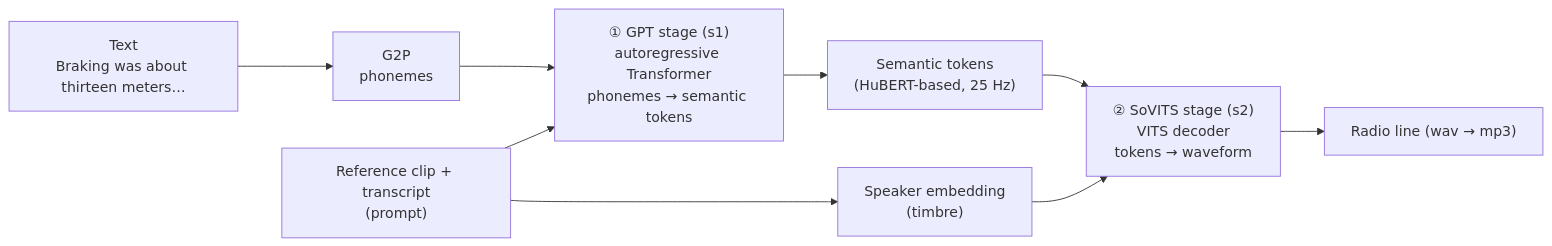
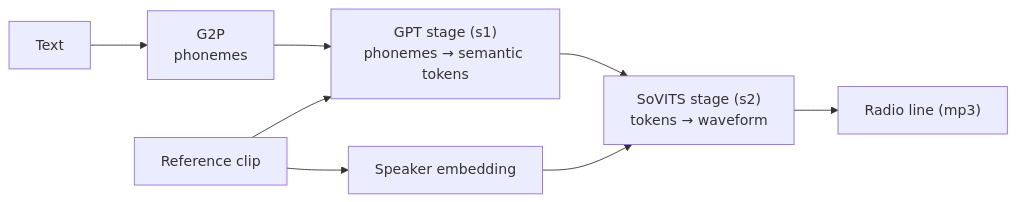
Before and after one commit to hope77-githhub/F125_Personal_RaceEngineer: the diagram in README.md, drawn with Mermaid. The commit also changed other lines of this file and 482 other files, not shown here.

````diff
--- a/README.md
+++ b/README.md
@@ -172,11 +87,9 @@
 ```mermaid
 flowchart LR
-    T["Text<br/>Braking was about thirteen meters…"] --> G2P["G2P<br/>phonemes"]
-    G2P --> GPT["① GPT stage (s1)<br/>autoregressive Transformer<br/>phonemes → semantic tokens"]
-    R["Reference clip + transcript<br/>(prompt)"] --> GPT
-    GPT --> SEM["Semantic tokens<br/>(HuBERT-based, 25 Hz)"]
-    SEM --> SV["② SoVITS stage (s2)<br/>VITS decoder<br/>tokens → waveform"]
-    R --> EMB["Speaker embedding<br/>(timbre)"]
-    EMB --> SV
-    SV --> W["Radio line (wav → mp3)"]
+    T["Text"] --> G2P["G2P<br/>phonemes"]
+    G2P --> GPT["GPT stage (s1)<br/>phonemes → semantic tokens"]
+    R["Reference clip"] --> GPT
+    GPT --> SV["SoVITS stage (s2)<br/>tokens → waveform"]
+    R --> EMB["Speaker embedding"] --> SV
+    SV --> W["Radio line (mp3)"]
 ```
````
